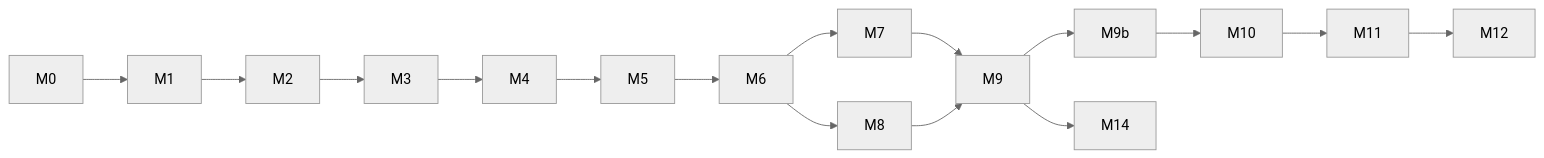
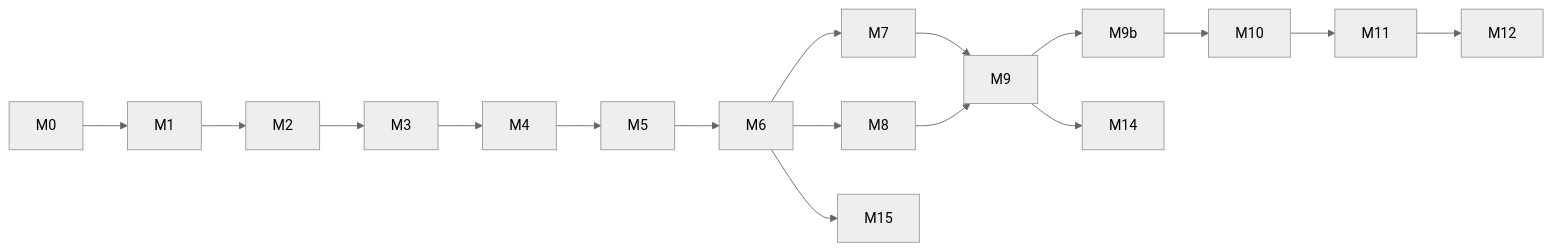
One commit to gacevedo/NegSwift changed the diagram in PLAN.md. Above: the diagram before and after it, drawn with Mermaid (neutral theme). The commit also changed other lines of this file and 7 other files, not shown here.

````diff
--- a/PLAN.md
+++ b/PLAN.md
@@ -965,10 +1025,11 @@
 ```mermaid
 flowchart LR
   M0 --> M1 --> M2 --> M3
   M3 --> M4 --> M5 --> M6 --> M7
   M6 --> M8
   M7 --> M9 --> M9b --> M10
   M8 --> M9
   M10 --> M11 --> M12
   M9 --> M14
+  M6 --> M15
 ```
````
